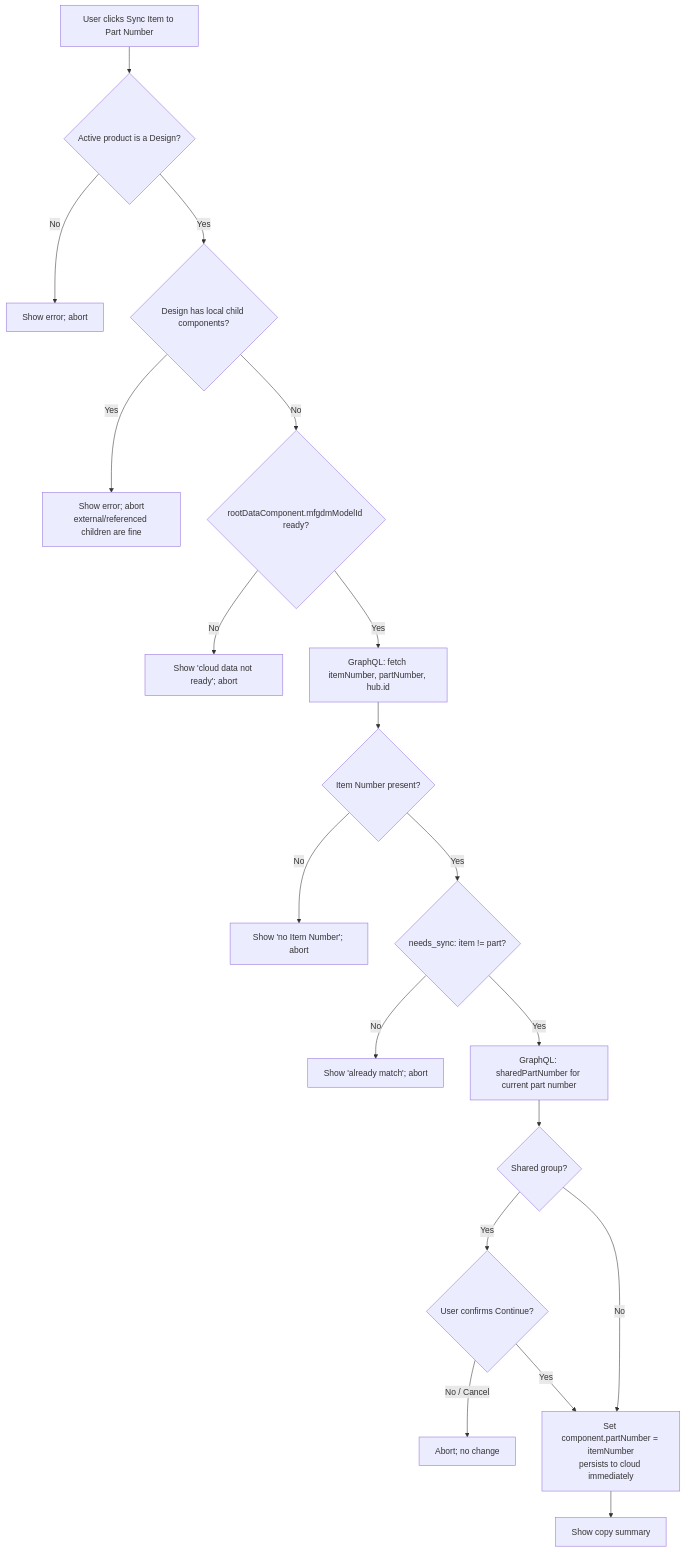
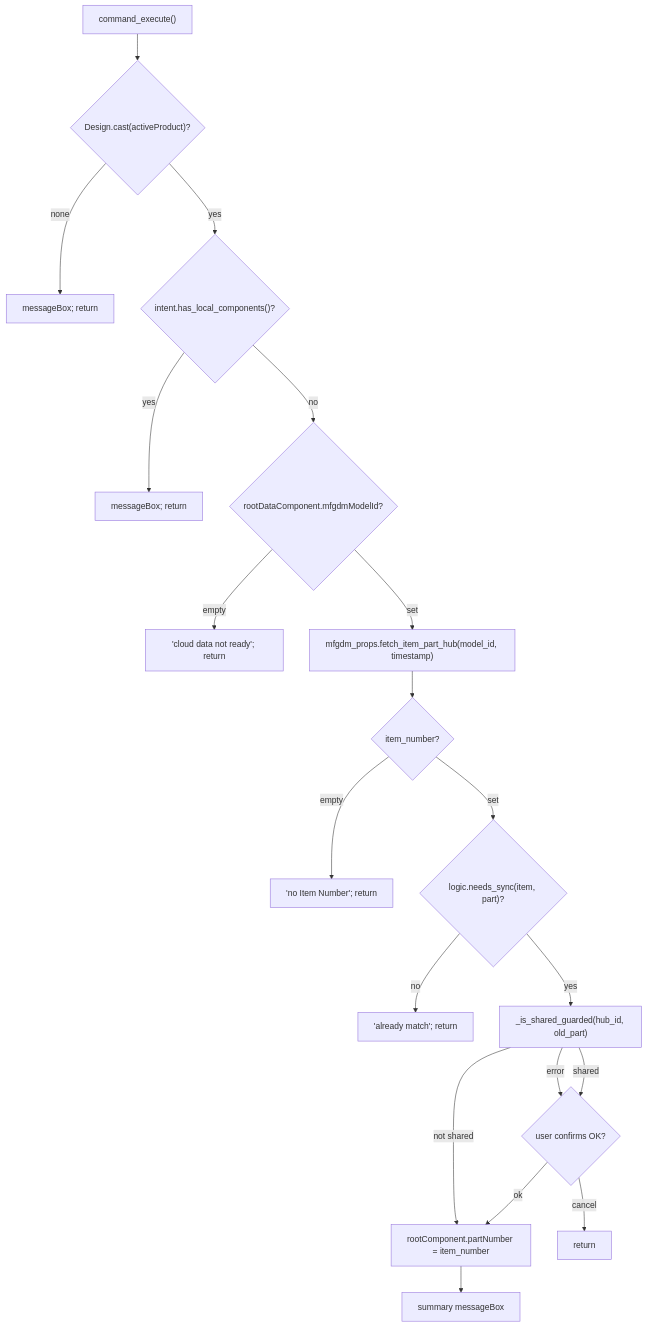
One commit to schneik80/PowerTools changed the diagram in docs/arch/Sync Item to Part Number.md. Above: the diagram before and after it, drawn with Mermaid. The commit also changed other lines of this file and 69 other files, not shown here.

````diff
--- a/docs/arch/Sync Item to Part Number.md
+++ b/docs/arch/Sync Item to Part Number.md
@@ -80,21 +82,21 @@
 ```mermaid
 flowchart TD
-    A[User clicks Sync Item to Part Number] --> B{Active product is a Design?}
-    B -- No --> B1[Show error; abort]
-    B -- Yes --> C{Design has local child components?}
-    C -- Yes --> C1[Show error; abort<br/>external/referenced children are fine]
-    C -- No --> D{rootDataComponent.mfgdmModelId ready?}
-    D -- No --> D1[Show 'cloud data not ready'; abort]
-    D -- Yes --> E[GraphQL: fetch itemNumber, partNumber, hub.id]
-    E --> F{Item Number present?}
-    F -- No --> F1[Show 'no Item Number'; abort]
-    F -- Yes --> G{needs_sync: item != part?}
-    G -- No --> G1[Show 'already match'; abort]
-    G -- Yes --> H[GraphQL: sharedPartNumber for current part number]
-    H --> I{Shared group?}
-    I -- Yes --> I1{User confirms Continue?}
-    I1 -- No / Cancel --> I2[Abort; no change]
-    I1 -- Yes --> J
-    I -- No --> J[Set component.partNumber = itemNumber<br/>persists to cloud immediately]
-    J --> K[Show copy summary]
+    A["command_execute()"] --> B{"Design.cast(activeProduct)?"}
+    B -- none --> X1["messageBox; return"]
+    B -- yes --> C{"intent.has_local_components()?"}
+    C -- yes --> X2["messageBox; return"]
+    C -- no --> D{"rootDataComponent.mfgdmModelId?"}
+    D -- empty --> X3["'cloud data not ready'; return"]
+    D -- set --> E["mfgdm_props.fetch_item_part_hub(model_id, timestamp)"]
+    E --> F{"item_number?"}
+    F -- empty --> X4["'no Item Number'; return"]
+    F -- set --> G{"logic.needs_sync(item, part)?"}
+    G -- no --> X5["'already match'; return"]
+    G -- yes --> H["_is_shared_guarded(hub_id, old_part)"]
+    H -- error --> I
+    H -- shared --> I{"user confirms OK?"}
+    H -- not shared --> J
+    I -- cancel --> X6["return"]
+    I -- ok --> J["rootComponent.partNumber = item_number"]
+    J --> K["summary messageBox"]
 ```
````
